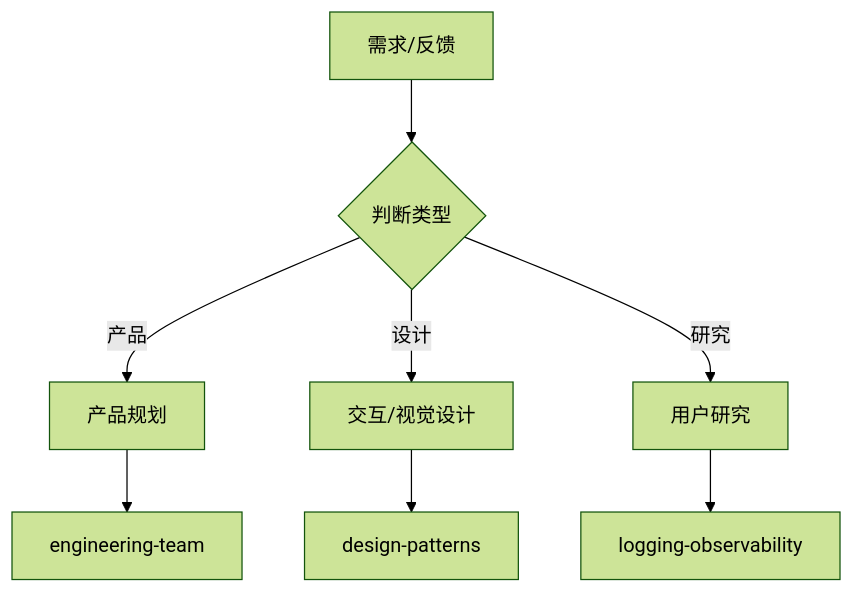
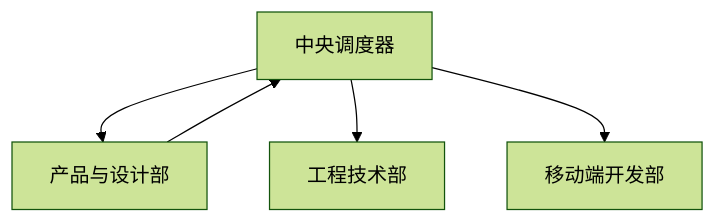
One commit to Tooooommy/Trae-Workflow changed the diagram in agents/product-design-team.md. Above: the diagram before and after it, drawn with Mermaid (forest theme). The commit also changed other lines of this file, not shown here.

````diff
--- a/agents/product-design-team.md
+++ b/agents/product-design-team.md
@@ -70,11 +79,7 @@
 ```mermaid
 flowchart TD
-    A[需求/反馈] --> B{判断类型}
-    B -->|产品| C[产品规划]
-    B -->|设计| D[交互/视觉设计]
-    B -->|研究| E[用户研究]
-
-    C --> F[engineering-team]
-    D --> G[design-patterns]
-    E --> H[logging-observability]
+    Orchestrator[中央调度器] --> Product[产品与设计部]
+    Product --> Orchestrator
+    Orchestrator --> Dev[工程技术部]
+    Orchestrator --> Mobile[移动端开发部]
 ```
````
